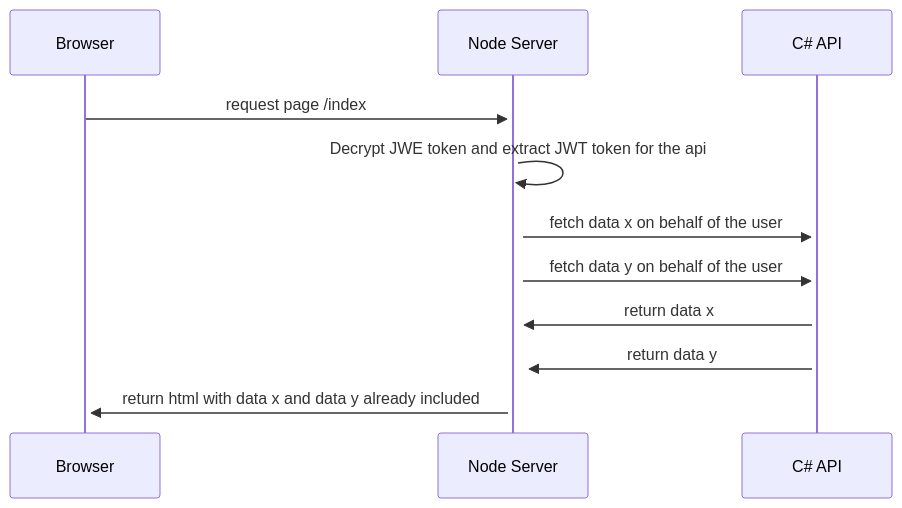
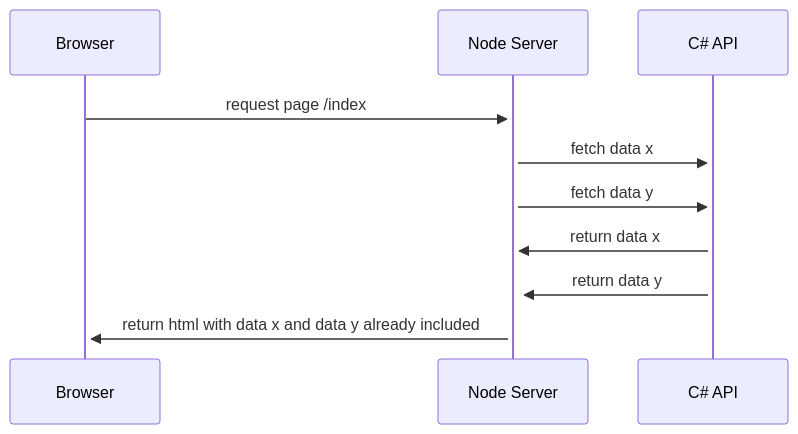
One commit to neolution-ch/neolution-pedalo changed the second of 2 diagrams in README.md. Above: the diagram before and after it, drawn with Mermaid. The commit also changed other lines of this file, not shown here.

````diff
--- a/README.md
+++ b/README.md
@@ -65,10 +38,9 @@
 ```mermaid
 sequenceDiagram
     Browser->>+Node Server: request page /index
-    Node Server->>+Node Server: Decrypt JWE token and extract JWT token for the api
-    Node Server->>+C# API: fetch data x on behalf of the user
-    Node Server->>+C# API: fetch data y on behalf of the user
+    Node Server->>+C# API: fetch data x
+    Node Server->>+C# API: fetch data y
     C# API->>+Node Server: return data x
     C# API->>+Node Server: return data y
     Node Server->>+Browser: return html with data x and data y already included
 ```
````
